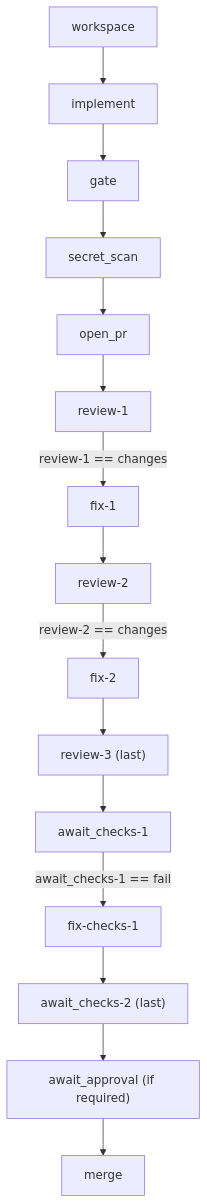
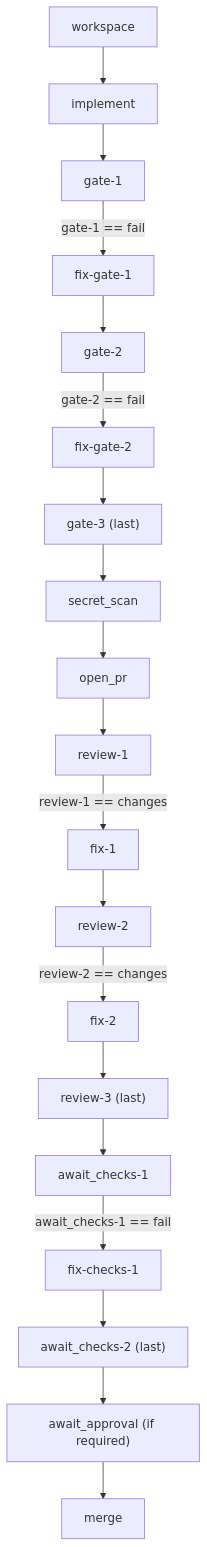
One commit to autobutler-org/factory changed the second of 2 diagrams in docs/architecture/graph.md. Above: the diagram before and after it, drawn with Mermaid. The commit also changed other lines of this file and 14 other files, not shown here.

````diff
--- a/docs/architecture/graph.md
+++ b/docs/architecture/graph.md
@@ -74,13 +79,18 @@
 ```mermaid
 flowchart TD
-    workspace --> implement --> gate --> secret_scan --> open_pr --> review1[review-1]
+    workspace --> implement --> gate1[gate-1]
+    gate1 -->|"gate-1 == fail"| fixg1[fix-gate-1]
+    fixg1 --> gate2[gate-2]
+    gate2 -->|"gate-2 == fail"| fixg2[fix-gate-2]
+    fixg2 --> gate3["gate-3 (last)"]
+    gate3 --> secret_scan --> open_pr --> review1[review-1]
     review1 -->|"review-1 == changes"| fix1[fix-1]
     fix1 --> review2[review-2]
     review2 -->|"review-2 == changes"| fix2[fix-2]
     fix2 --> review3["review-3 (last)"]
     review3 --> checks1[await_checks-1]
     checks1 -->|"await_checks-1 == fail"| fixc[fix-checks-1]
     fixc --> checks2["await_checks-2 (last)"]
     checks2 --> approval["await_approval (if required)"]
     approval --> merge
 ```
````
